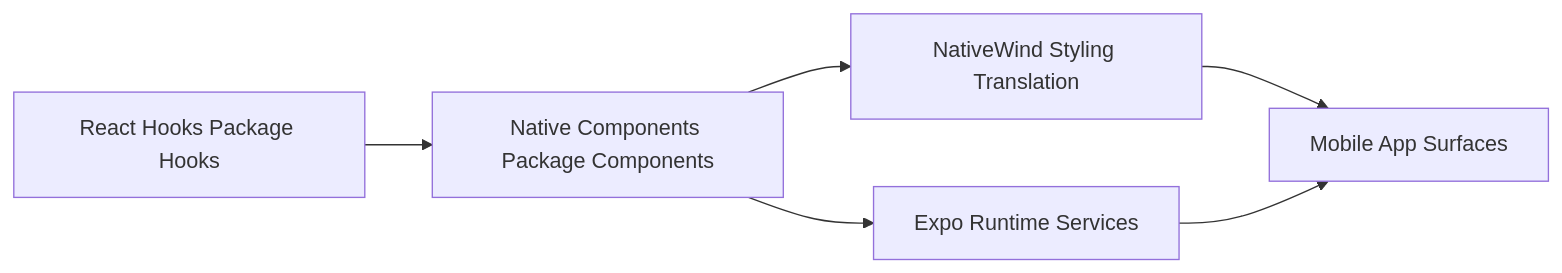
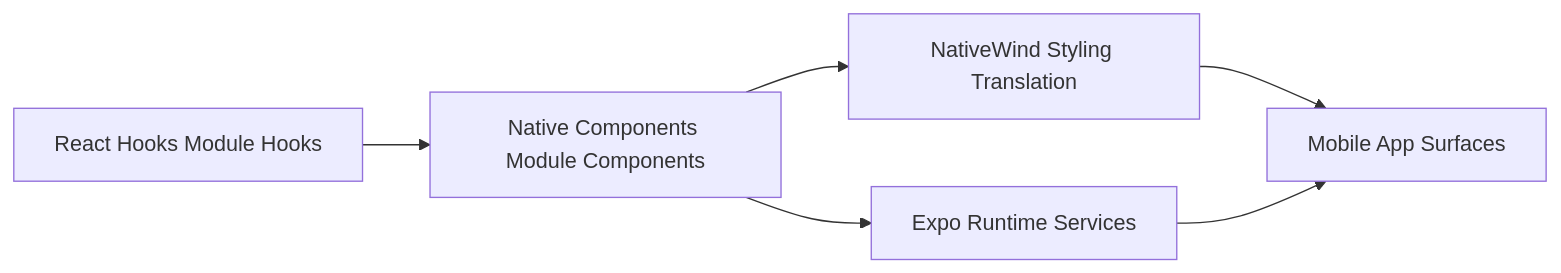
One commit to 1qh/safeagent changed diagram 13 of 18 in plan/18-frontend-sdk.md. Above: the diagram before and after it, drawn with Mermaid. The commit also changed other lines of this file and 10 other files, not shown here.

````diff
--- a/plan/18-frontend-sdk.md
+++ b/plan/18-frontend-sdk.md
@@ -617,14 +618,14 @@
 ```mermaid
 flowchart LR
-    REACT_HOOKS_LAYER[React Hooks Package Hooks]
-    NATIVE_UI_LAYER[Native Components Package Components]
+    REACT_HOOKS_LAYER[React Hooks Module Hooks]
+    NATIVE_UI_LAYER[Native Components Module Components]
     NATIVEWIND_LAYER[NativeWind Styling Translation]
     EXPO_RUNTIME[Expo Runtime Services]
     DEVICE_UI[Mobile App Surfaces]
 
     REACT_HOOKS_LAYER --> NATIVE_UI_LAYER
     NATIVE_UI_LAYER --> NATIVEWIND_LAYER
     NATIVE_UI_LAYER --> EXPO_RUNTIME
     NATIVEWIND_LAYER --> DEVICE_UI
     EXPO_RUNTIME --> DEVICE_UI
 ```
````
